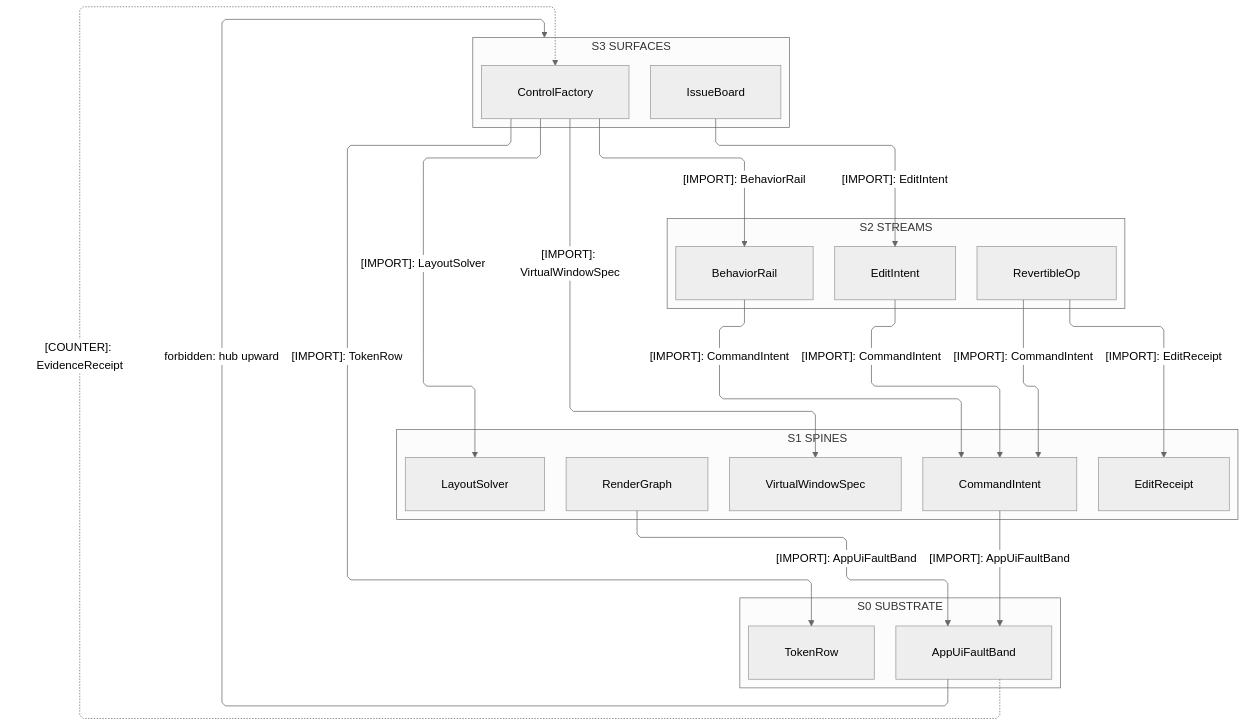
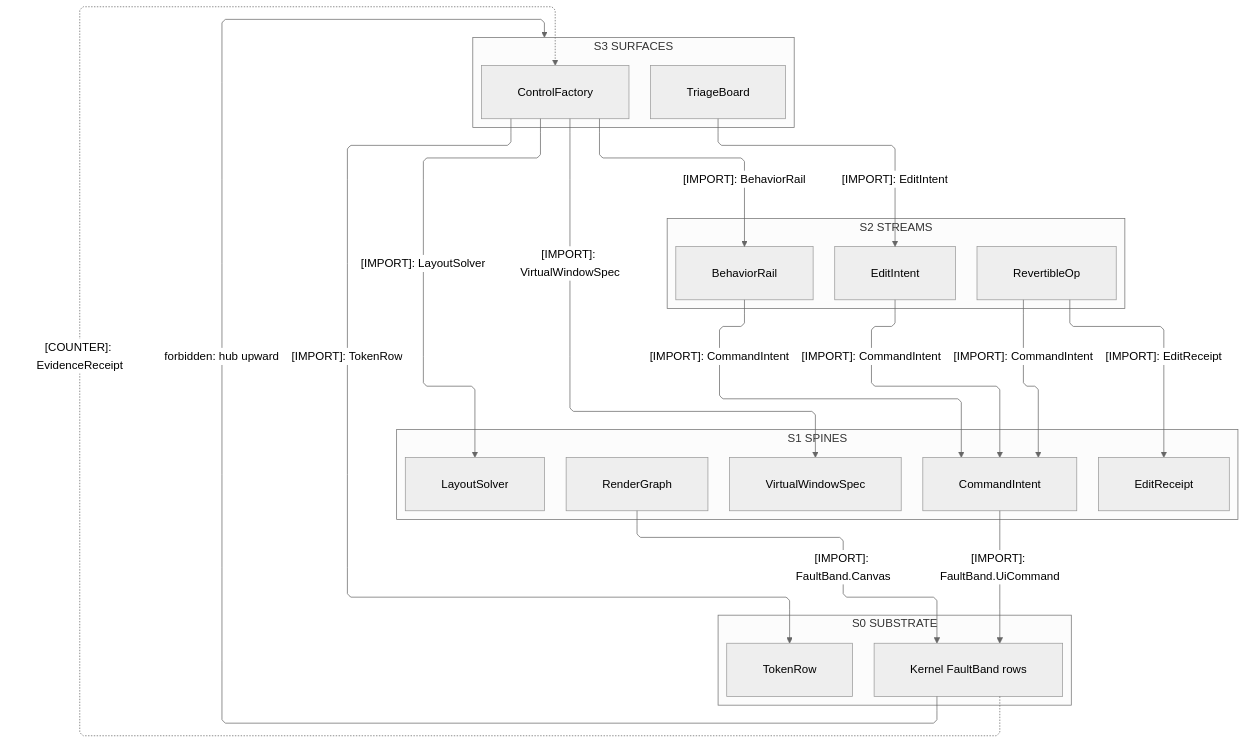
Before and after one commit to bsamiee/Rasm: the first of 4 diagrams in libs/csharp/Rasm.AppUi/ARCHITECTURE.md, drawn with Mermaid (neutral theme). The commit also changed other lines of this file and 56 other files, not shown here.

````diff
--- a/libs/csharp/Rasm.AppUi/ARCHITECTURE.md
+++ b/libs/csharp/Rasm.AppUi/ARCHITECTURE.md
@@ -88,45 +103,45 @@
 ```mermaid
 ---
 config:
   layout: elk
   flowchart:
     curve: linear
     padding: 25
 ---
 flowchart TB
     accTitle: Rasm.AppUi interior strata
     accDescr: Which lower vocabulary each spine, stream, and surface owner consumes, and the EvidenceReceipt counter-edge the hub nests.
     subgraph S3["S3 SURFACES"]
         Factory[ControlFactory]
-        Board[IssueBoard]
+        Board[TriageBoard]
     end
     subgraph S2["S2 STREAMS"]
         Rail[BehaviorRail]
         Intent[EditIntent]
         Revert[RevertibleOp]
     end
     subgraph S1["S1 SPINES"]
         Command[CommandIntent]
         Virtual[VirtualWindowSpec]
         Solver[LayoutSolver]
         Inspect[EditReceipt]
         Graph[RenderGraph]
     end
     subgraph S0["S0 SUBSTRATE"]
-        Fault[AppUiFaultBand]
+        Fault[Kernel FaultBand rows]
         Token[TokenRow]
     end
     Factory e1@-->|"[IMPORT]: VirtualWindowSpec"| Virtual
     Factory e2@-->|"[IMPORT]: LayoutSolver"| Solver
     Factory e3@-->|"[IMPORT]: BehaviorRail"| Rail
     Factory e4@-->|"[IMPORT]: TokenRow"| Token
     Board e5@-->|"[IMPORT]: EditIntent"| Intent
     Rail e6@-->|"[IMPORT]: CommandIntent"| Command
     Revert e7@-->|"[IMPORT]: CommandIntent"| Command
     Revert e8@-->|"[IMPORT]: EditReceipt"| Inspect
     Intent e9@-->|"[IMPORT]: CommandIntent"| Command
-    Command e10@-->|"[IMPORT]: AppUiFaultBand"| Fault
-    Graph e11@-->|"[IMPORT]: AppUiFaultBand"| Fault
+    Command e10@-->|"[IMPORT]: FaultBand.UiCommand"| Fault
+    Graph e11@-->|"[IMPORT]: FaultBand.Canvas"| Fault
     Fault e12@-.->|"[COUNTER]: EvidenceReceipt"| Factory
     Fault f1@-->|"forbidden: hub upward"| S3
 ```
````
